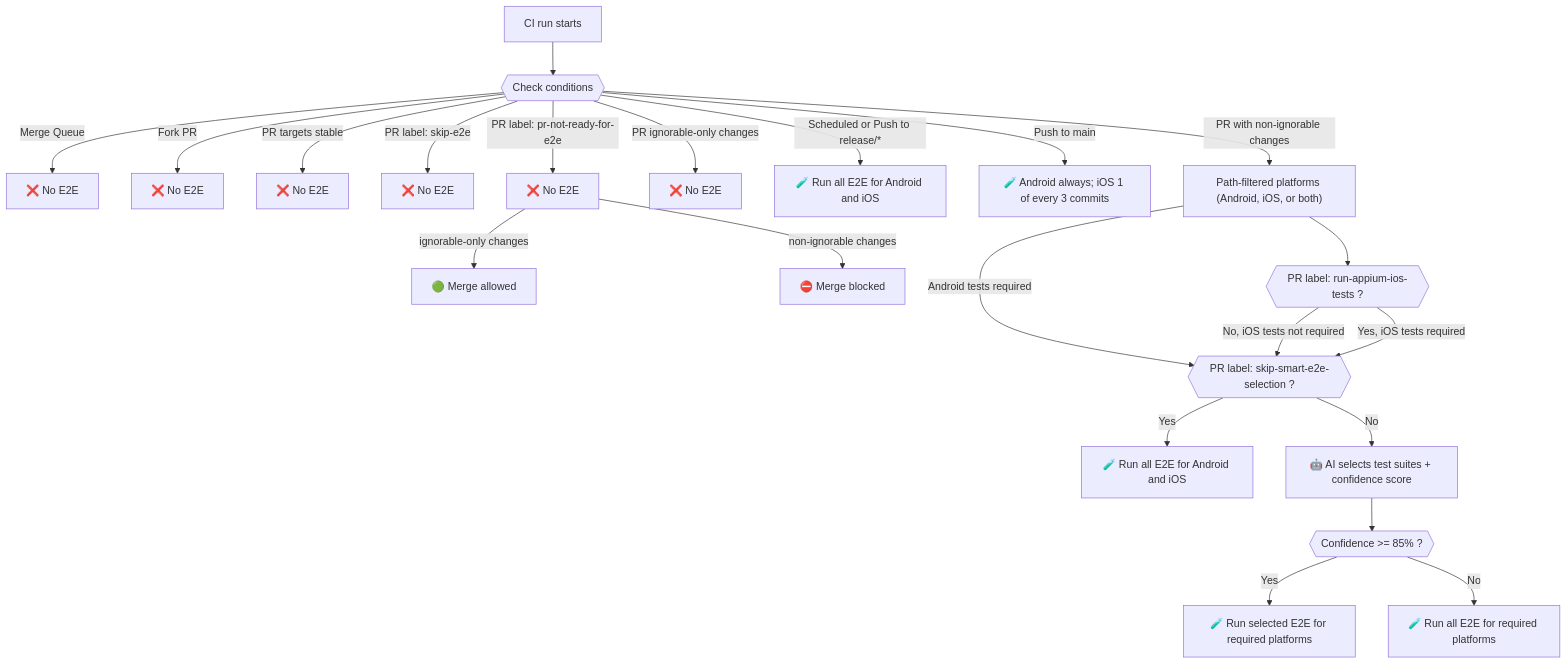
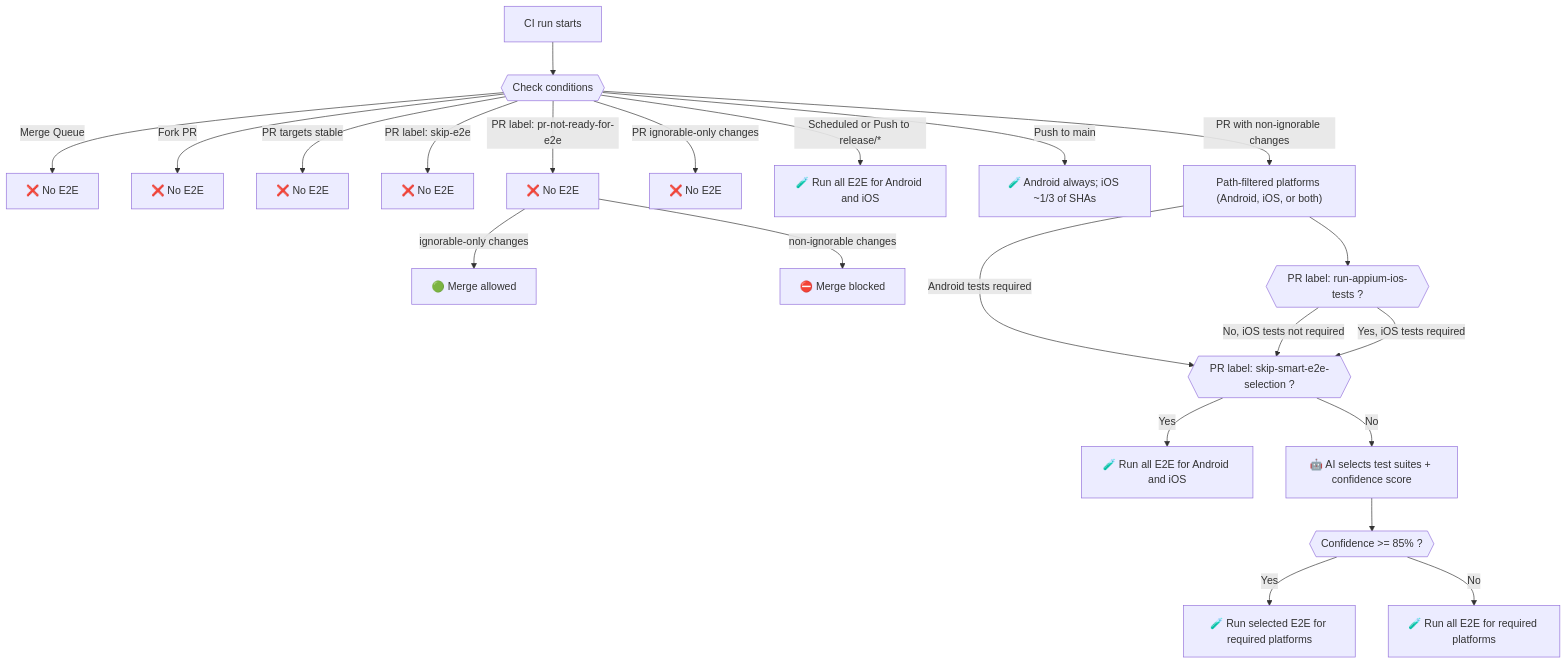
The diagram in .github/guidelines/E2E_DECISION_TREE.md (MetaMask/metamask-mobile), drawn with Mermaid before and after one commit. The commit also changed other lines of this file and 6 other files, not shown here.

First line of the commit message:
ci: sample main iOS E2E with SHA modulo instead of GraphQL

````diff
--- a/.github/guidelines/E2E_DECISION_TREE.md
+++ b/.github/guidelines/E2E_DECISION_TREE.md
@@ -7,27 +7,27 @@
 ```mermaid
 flowchart TD
     CI[CI run starts] --> GR{{Check conditions}}
     GR -->|Merge Queue| MQ[❌ No E2E]
     GR -->|Fork PR| FK[❌ No E2E]
     GR -->|PR targets stable| ST[❌ No E2E]
     GR -->|PR label: skip-e2e| HS[❌ No E2E]
     GR -->|PR label: pr-not-ready-for-e2e| L2[❌ No E2E]
     L2 -->|ignorable-only changes| NoBlock[🟢 Merge allowed]
     L2 -->|non-ignorable changes| Skip2[⛔️ Merge blocked]
     GR -->|PR ignorable-only changes| Ignorable[ ❌ No E2E]
     GR -->|Scheduled or Push to release/*| Full[🧪 Run all E2E for Android and iOS]
-    GR -->|Push to main| MainPush[🧪 Android always; iOS 1 of every 3 commits]
+    GR -->|Push to main| MainPush[🧪 Android always; iOS ~1/3 of SHAs]
 
     GR -->|PR with non-ignorable changes| PRToValidate["Path-filtered platforms (Android, iOS, or both)"]
     PRToValidate -->|Android tests required| Smart{{PR label: skip-smart-e2e-selection ?}}
     PRToValidate -->iOSRequired{{PR label: run-appium-ios-tests ?}}
     iOSRequired -->|No, iOS tests not required| Smart{{PR label: skip-smart-e2e-selection ?}}
     iOSRequired -->|Yes, iOS tests required| Smart{{PR label: skip-smart-e2e-selection ?}}
 
     Smart -->|Yes| AllTags[🧪 Run all E2E for Android and iOS]
     Smart -->|No| AI[🤖 AI selects test suites + confidence score]
     AI --> CONF{{Confidence >= 85% ?}}
     CONF -->|Yes| SelectedTags[🧪 Run selected E2E for required platforms]
     CONF -->|No| AllTagsFallback[🧪 Run all E2E for required platforms]
 
 ```
````
